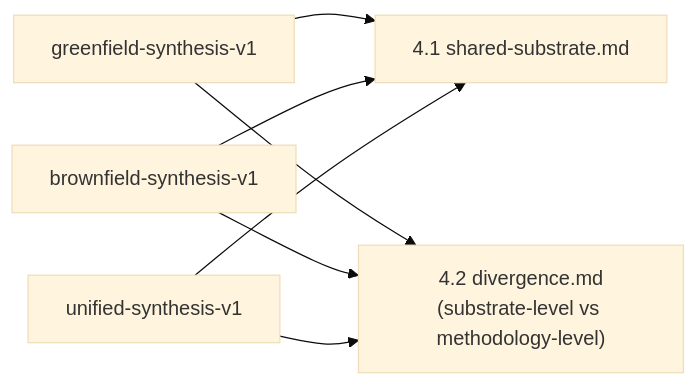
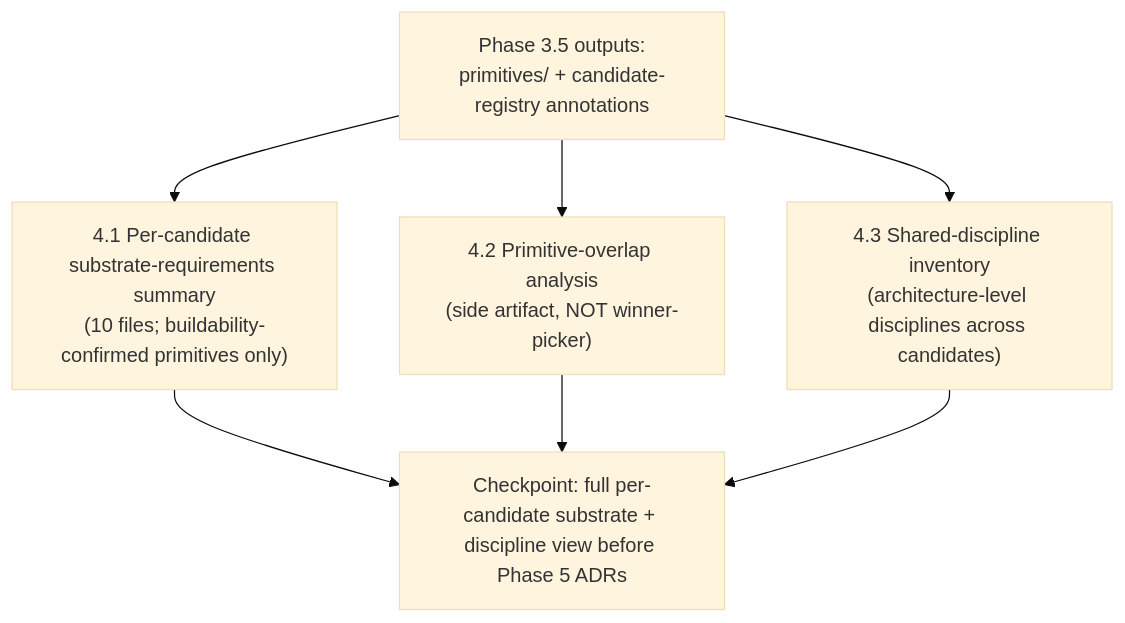
The sixth of 9 diagrams in ARCHITECTURE-V3-SYNTHESIS-PLAN.md (lago-morph/software-factory), drawn with Mermaid (base theme) before and after one commit. The commit also changed other lines of this file, not shown here.

````diff
--- a/ARCHITECTURE-V3-SYNTHESIS-PLAN.md
+++ b/ARCHITECTURE-V3-SYNTHESIS-PLAN.md
@@ -264,8 +318,8 @@
 ```mermaid
-flowchart LR
-    IG["greenfield-synthesis-v1"] --> SHARED & DIVERGE
-    IB["brownfield-synthesis-v1"] --> SHARED & DIVERGE
-    IU["unified-synthesis-v1"] --> SHARED & DIVERGE
-    SHARED["4.1 shared-substrate.md"]
-    DIVERGE["4.2 divergence.md<br/>(substrate-level vs methodology-level)"]
+flowchart TB
+    P35["Phase 3.5 outputs:<br/>primitives/ + candidate-registry annotations"] --> P41 & P42 & P43
+    P41["4.1 Per-candidate substrate-requirements summary<br/>(10 files; buildability-confirmed primitives only)"]
+    P42["4.2 Primitive-overlap analysis<br/>(side artifact, NOT winner-picker)"]
+    P43["4.3 Shared-discipline inventory<br/>(architecture-level disciplines across candidates)"]
+    P41 & P42 & P43 --> CHK["Checkpoint: full per-candidate substrate + discipline view before Phase 5 ADRs"]
 ```
````
